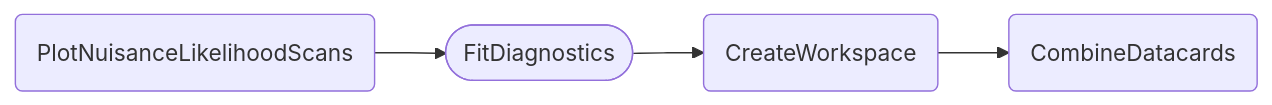
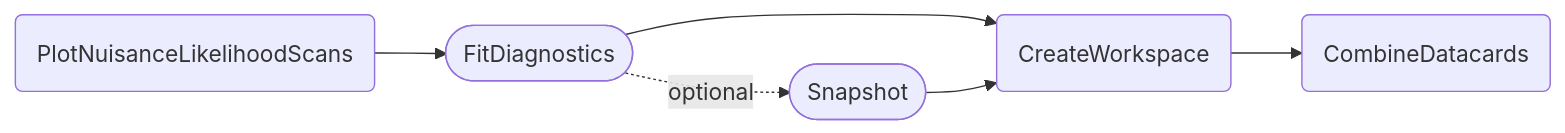
The second of 2 diagrams in docs/content/tasks/postfit.md (cms-hh/inference_tools), drawn with Mermaid before and after one commit. The commit also changed other lines of this file and 9 other files, not shown here.

````diff
--- a/docs/content/tasks/postfit.md
+++ b/docs/content/tasks/postfit.md
@@ -104,6 +109,8 @@
 ```mermaid
     graph LR;
     A(PlotNuisanceLikelihoodScans) --> B([FitDiagnostics]);
     B --> C(CreateWorkspace);
     C --> D(CombineDatacards);
+    B -. optional .-> E([Snapshot]);
+    E --> C;
 ```
````
